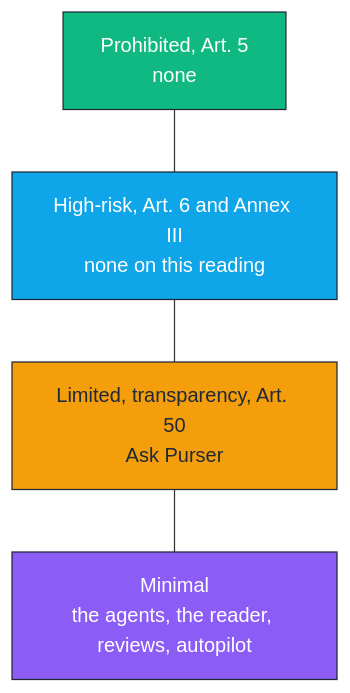
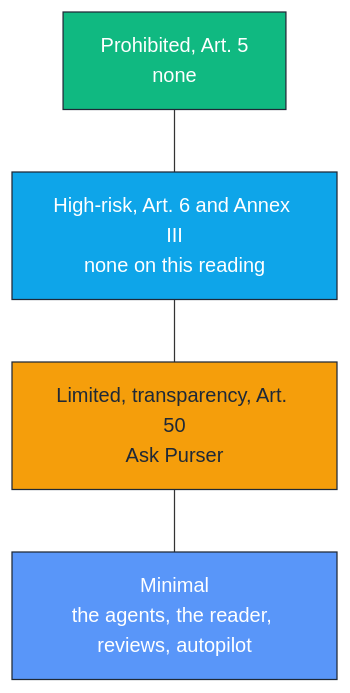
One commit to agamemnon-coder/x402-business-agents changed the diagram in docs/compliance/ai-act-classification.md. Above: the diagram before and after it, drawn with Mermaid. The commit also changed other lines of this file and 184 other files, not shown here.

````diff
--- a/docs/compliance/ai-act-classification.md
+++ b/docs/compliance/ai-act-classification.md
@@ -28,14 +28,14 @@
 ```mermaid
 flowchart TB
   P["Prohibited, Art. 5<br/>none"] --- H["High-risk, Art. 6 and Annex III<br/>none on this reading"]
   H --- L["Limited, transparency, Art. 50<br/>Ask Purser"]
   L --- M["Minimal<br/>the agents, the reader, reviews, autopilot"]
   classDef none fill:#10b981,stroke:#1f2937,color:#fff
   classDef high fill:#0ea5e9,stroke:#1f2937,color:#fff
   classDef limited fill:#f59e0b,stroke:#1f2937,color:#1f2937
-  classDef minimal fill:#8b5cf6,stroke:#1f2937,color:#fff
+  classDef minimal fill:#5996f9,stroke:#1f2937,color:#fff
   class P none
   class H high
   class L limited
   class M minimal
 ```
````
